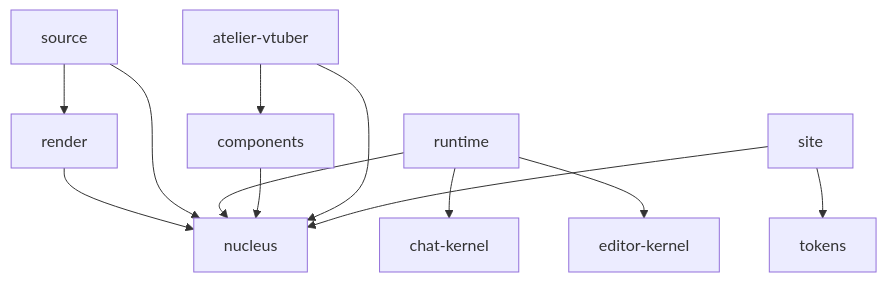
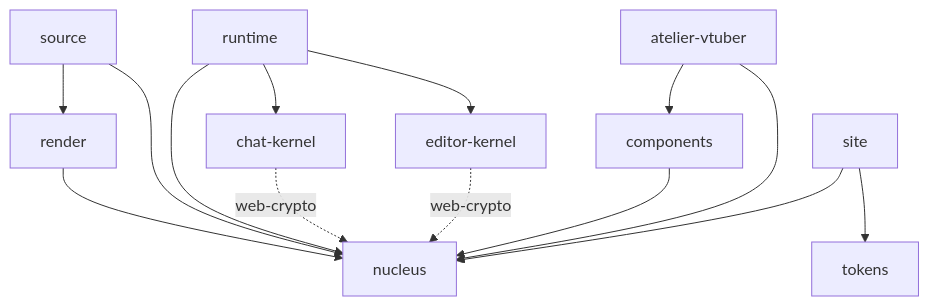
The diagram in ARCHITECTURE.md (sophia-labs/shrubbery), drawn with Mermaid before and after one commit. The commit also changed other lines of this file and 972 other files, not shown here.

````diff
--- a/ARCHITECTURE.md
+++ b/ARCHITECTURE.md
@@ -81,18 +84,20 @@
 ```mermaid
 graph TD
   tokens[tokens]
   chat[chat-kernel]
   editor[editor-kernel]
   nucleus[nucleus]
   render[render] --> nucleus
   source[source] --> nucleus
   source --> render
   runtime[runtime] --> nucleus
   runtime --> chat
   runtime --> editor
+  chat -. web-crypto .-> nucleus
+  editor -. web-crypto .-> nucleus
   components[components] --> nucleus
   atelier[atelier-vtuber] --> components
   atelier --> nucleus
   site[site] --> nucleus
   site --> tokens
 ```
````
